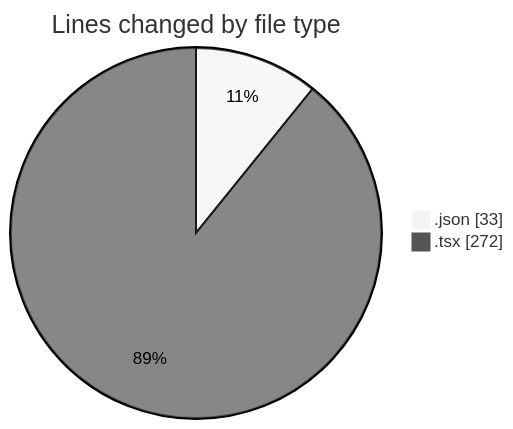
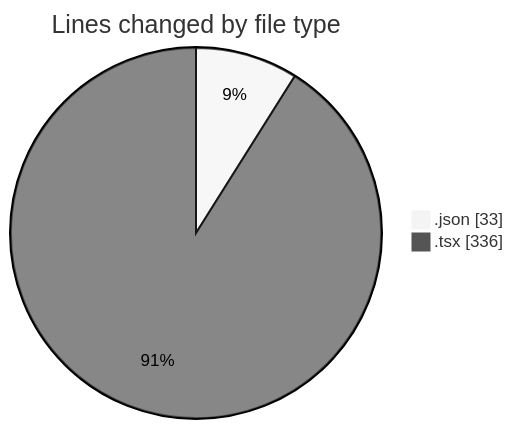
One commit to Elitesun/code-tracking changed the first of 2 diagrams in 2025-03-11/projet_stage/README.md. Above: the diagram before and after it, drawn with Mermaid (neutral theme). The commit also changed other lines of this file and 1 other file, not shown here.

````diff
--- a/2025-03-11/projet_stage/README.md
+++ b/2025-03-11/projet_stage/README.md
@@ -22,6 +25,6 @@
 ```mermaid
 pie showData
 title Lines changed by file type
 ".json" : 33
-".tsx" : 272
+".tsx" : 336
 ```
````
